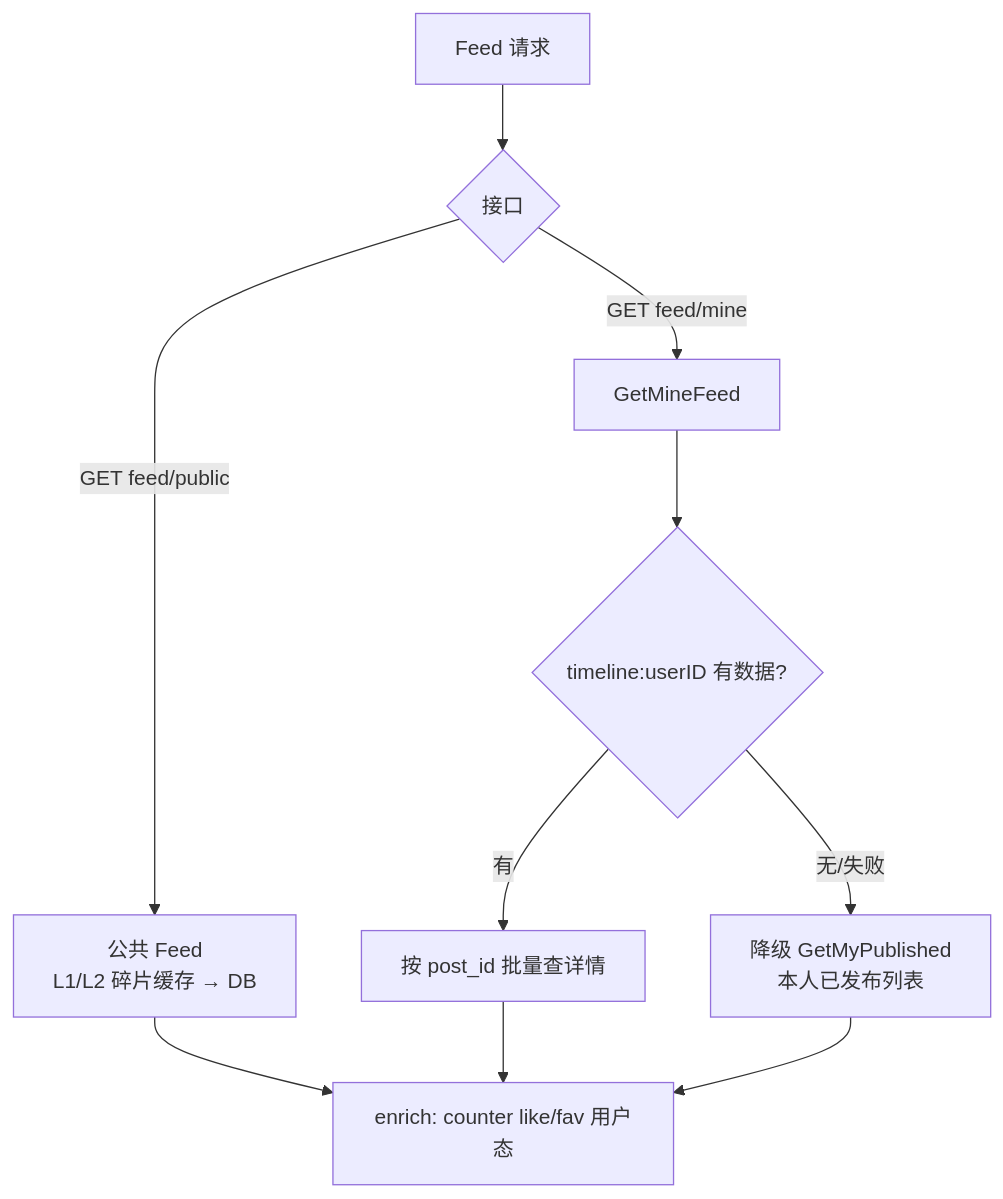
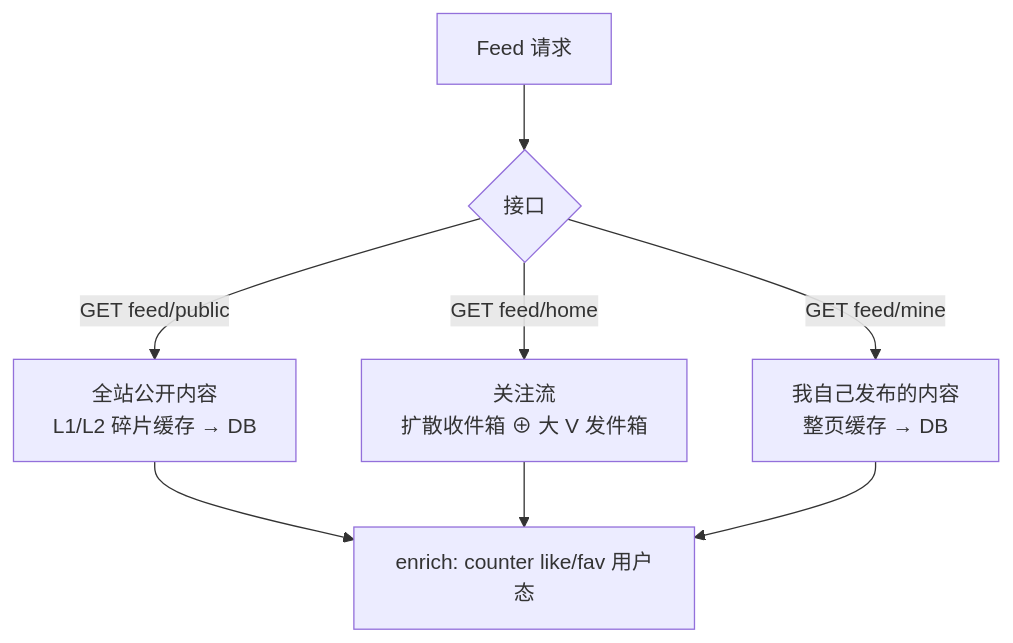
Before and after one commit to bitladykiller/zhiguang_go: diagram 12 of 23 in docs/跨模块流程图.md, drawn with Mermaid. The commit also changed other lines of this file and 43 other files, not shown here.

````diff
--- a/docs/跨模块流程图.md
+++ b/docs/跨模块流程图.md
@@ -442,12 +451,10 @@
 ```mermaid
 flowchart TD
     A[Feed 请求] --> B{接口}
-    B -->|GET feed/public| C[公共 Feed<br/>L1/L2 碎片缓存 → DB]
-    B -->|GET feed/mine| D[GetMineFeed]
-    D --> E{timeline:userID 有数据?}
-    E -->|有| F[按 post_id 批量查详情]
-    E -->|无/失败| G[降级 GetMyPublished<br/>本人已发布列表]
+    B -->|GET feed/public| C[全站公开内容<br/>L1/L2 碎片缓存 → DB]
+    B -->|GET feed/home| D[关注流<br/>扩散收件箱 ⊕ 大 V 发件箱]
+    B -->|GET feed/mine| E[我自己发布的内容<br/>整页缓存 → DB]
     C --> H[enrich: counter like/fav 用户态]
-    F --> H
-    G --> H
+    D --> H
+    E --> H
 ```
````
